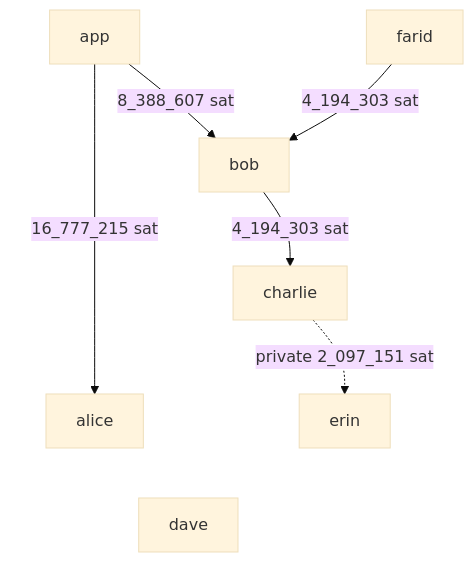
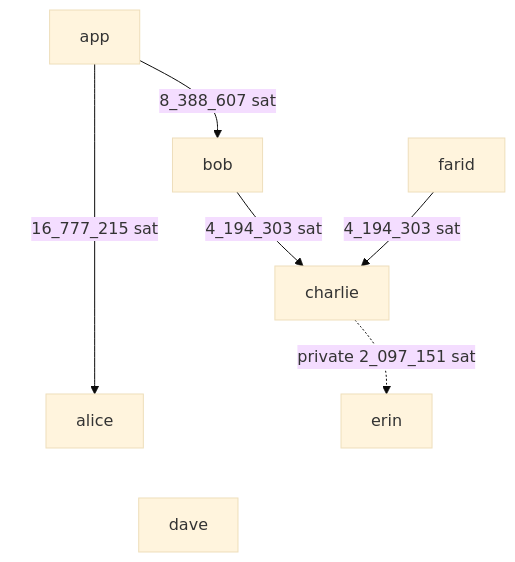
One commit to theborakompanioni/lightning-regtest-setup-devel changed the diagram in readme.md. Above: the diagram before and after it, drawn with Mermaid (base theme). The commit also changed 1 other file, not shown here.

Commit message:
chore: create channel charlie->farid

````diff
--- a/readme.md
+++ b/readme.md
@@ -69,14 +69,14 @@
 ```mermaid
 flowchart TB
    app -->|16_777_215 sat| alice
    app -->|8_388_607 sat| bob
    bob -->|4_194_303 sat| charlie
-   farid -->|4_194_303 sat| bob
+   farid -->|4_194_303 sat| charlie
    charlie -. private 2_097_151 sat .-> erin
    app ~~~ dave
    alice ~~~ dave
    bob ~~~ dave
    charlie ~~~ dave
    erin ~~~ dave
    farid ~~~ dave
 ```
````
